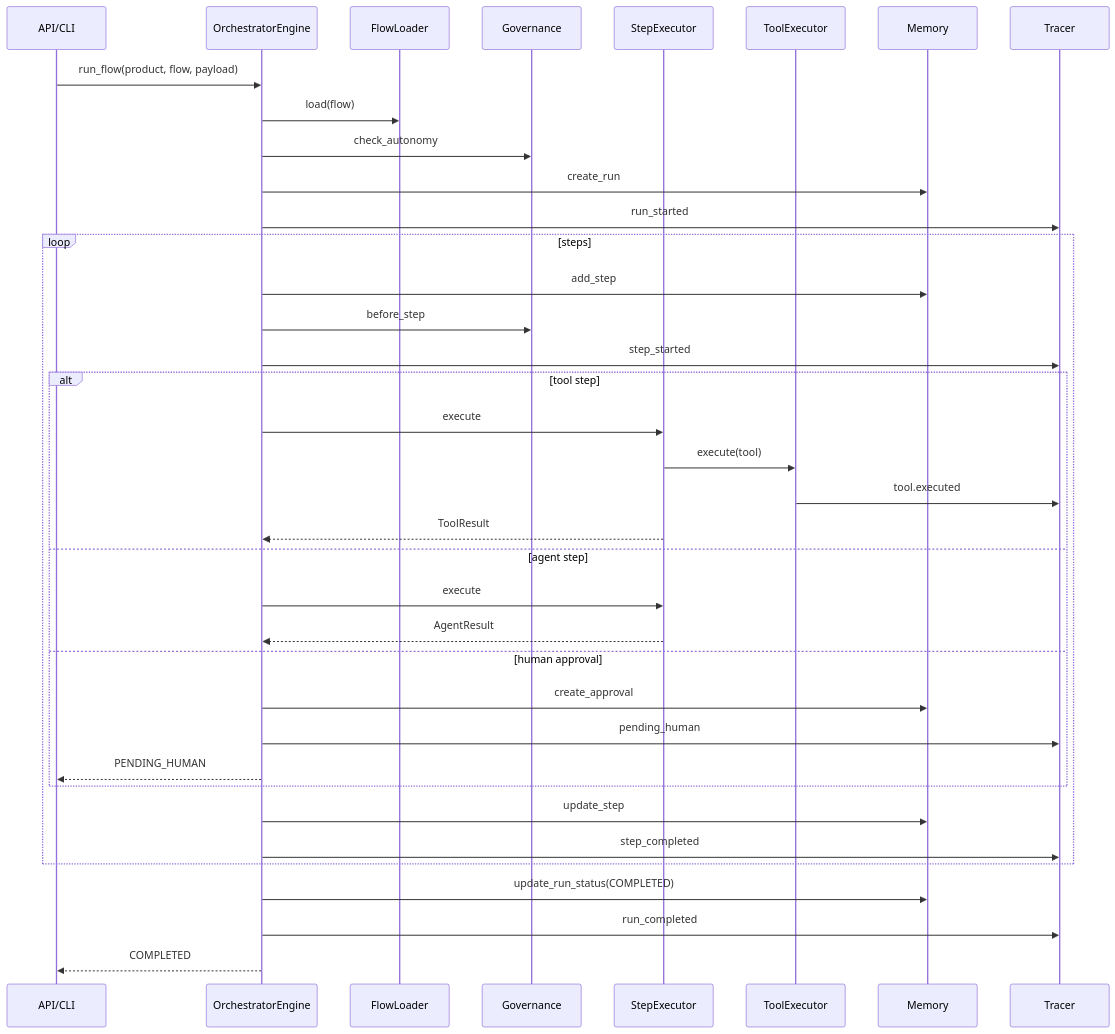
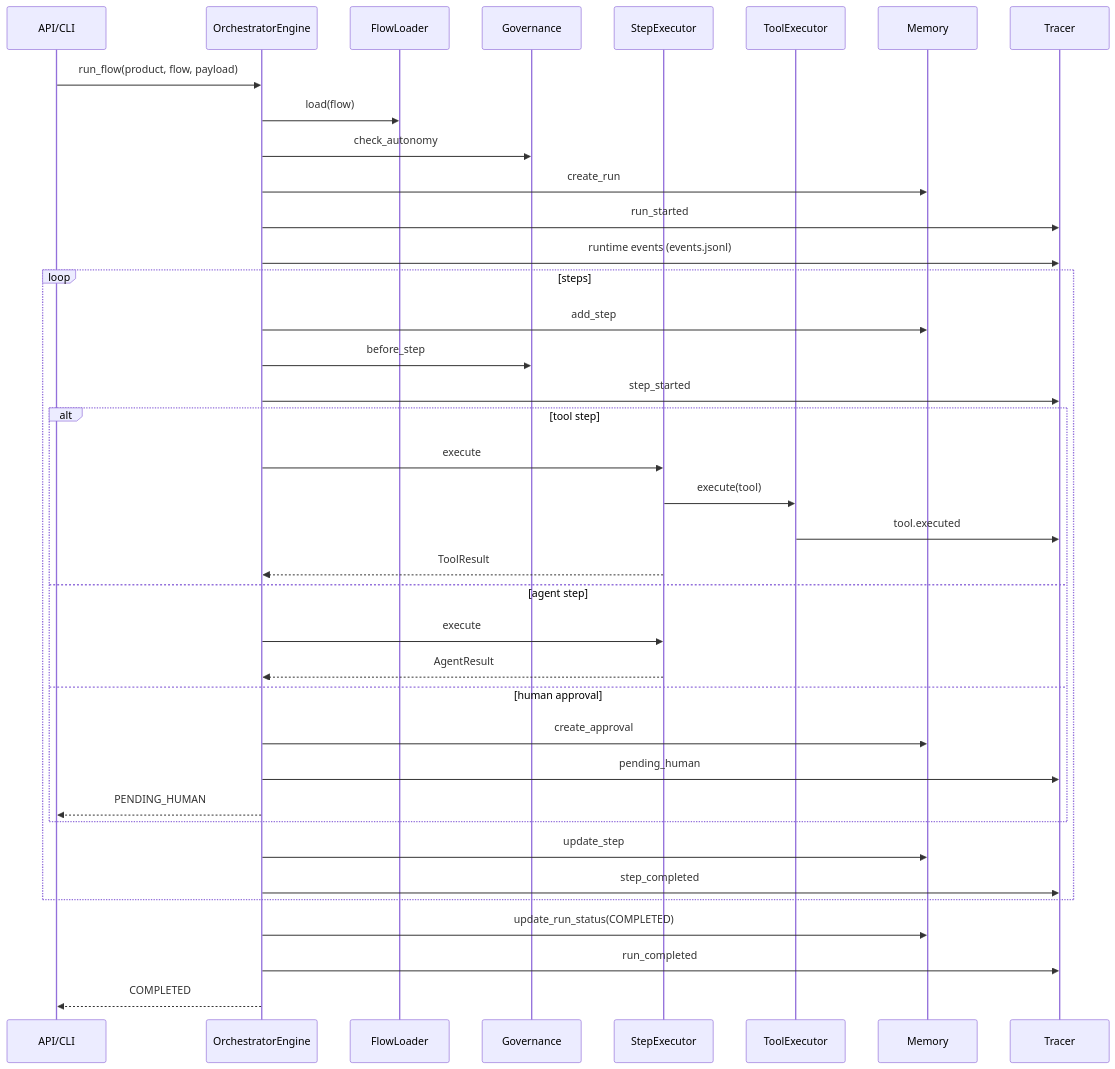
The fourth of 10 diagrams in docs/core_architecture.md (chethanp11/master), drawn with Mermaid before and after one commit. The commit also changed other lines of this file and 6 other files, not shown here.

````diff
--- a/docs/core_architecture.md
+++ b/docs/core_architecture.md
@@ -157,40 +157,41 @@
 ```mermaid
 sequenceDiagram
   participant Gateway as API/CLI
   participant Engine as OrchestratorEngine
   participant FlowLoader
   participant Governance
   participant StepExec as StepExecutor
   participant ToolExec as ToolExecutor
   participant Memory
   participant Tracer
 
   Gateway->>Engine: run_flow(product, flow, payload)
   Engine->>FlowLoader: load(flow)
   Engine->>Governance: check_autonomy
   Engine->>Memory: create_run
   Engine->>Tracer: run_started
+  Engine->>Tracer: runtime events (events.jsonl)
   loop steps
     Engine->>Memory: add_step
     Engine->>Governance: before_step
     Engine->>Tracer: step_started
     alt tool step
       Engine->>StepExec: execute
       StepExec->>ToolExec: execute(tool)
       ToolExec->>Tracer: tool.executed
       StepExec-->>Engine: ToolResult
     else agent step
       Engine->>StepExec: execute
       StepExec-->>Engine: AgentResult
     else human approval
       Engine->>Memory: create_approval
       Engine->>Tracer: pending_human
       Engine-->>Gateway: PENDING_HUMAN
     end
     Engine->>Memory: update_step
     Engine->>Tracer: step_completed
   end
   Engine->>Memory: update_run_status(COMPLETED)
   Engine->>Tracer: run_completed
   Engine-->>Gateway: COMPLETED
 ```
````
